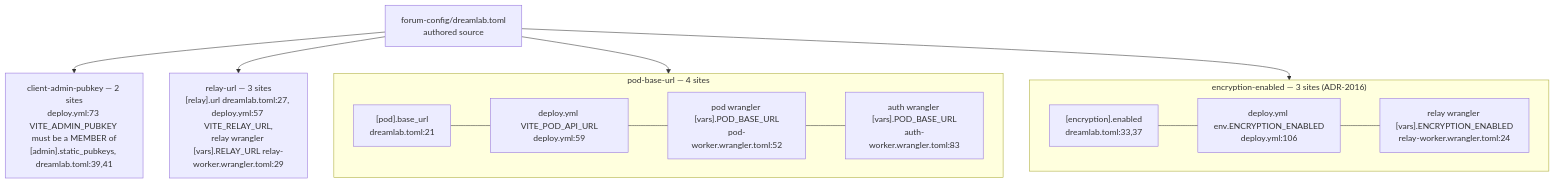
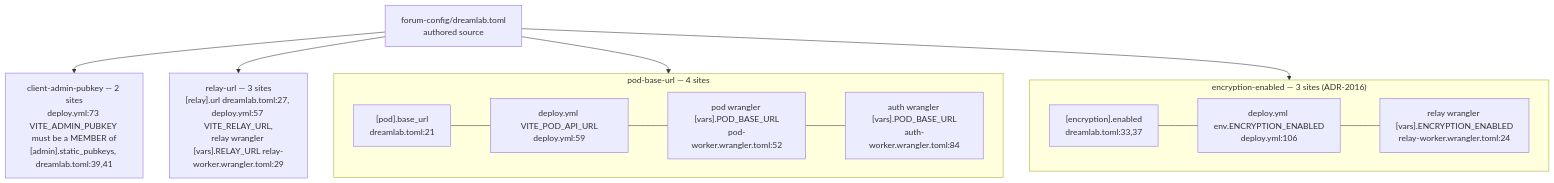
One commit to DreamLab-AI/VisionFlow changed the fifth of 10 diagrams in docs/diagrams/dreamlab-ai-website/03-forum-config-overlay-zones-admin-kv-sync.md. Above: the diagram before and after it, drawn with Mermaid. The commit also changed other lines of this file and 142 other files, not shown here.

First line of the commit message:
docs(diagrams): one System One route; re-verify 140 topics at today's heads

````diff
--- a/docs/diagrams/dreamlab-ai-website/03-forum-config-overlay-zones-admin-kv-sync.md
+++ b/docs/diagrams/dreamlab-ai-website/03-forum-config-overlay-zones-admin-kv-sync.md
@@ -126,15 +126,15 @@
 ```mermaid
 flowchart TB
     T["forum-config/dreamlab.toml<br/>authored source"] --> M4
     subgraph M4["pod-base-url — 4 sites"]
         direction LR
-        P1["[pod].base_url<br/>dreamlab.toml:21"] --- P2["deploy.yml VITE_POD_API_URL<br/>deploy.yml:59"] --- P3["pod wrangler [vars].POD_BASE_URL<br/>pod-worker.wrangler.toml:52"] --- P4["auth wrangler [vars].POD_BASE_URL<br/>auth-worker.wrangler.toml:83"]
+        P1["[pod].base_url<br/>dreamlab.toml:21"] --- P2["deploy.yml VITE_POD_API_URL<br/>deploy.yml:59"] --- P3["pod wrangler [vars].POD_BASE_URL<br/>pod-worker.wrangler.toml:52"] --- P4["auth wrangler [vars].POD_BASE_URL<br/>auth-worker.wrangler.toml:84"]
     end
     T --> M5["client-admin-pubkey — 2 sites<br/>deploy.yml:73 VITE_ADMIN_PUBKEY must be a MEMBER of<br/>[admin].static_pubkeys, dreamlab.toml:39,41"]
     T --> M6["relay-url — 3 sites<br/>[relay].url dreamlab.toml:27, deploy.yml:57 VITE_RELAY_URL,<br/>relay wrangler [vars].RELAY_URL relay-worker.wrangler.toml:29"]
     T --> M7
     subgraph M7["encryption-enabled — 3 sites (ADR-2016)"]
         direction LR
         E1["[encryption].enabled<br/>dreamlab.toml:33,37"] --- E2["deploy.yml env.ENCRYPTION_ENABLED<br/>deploy.yml:106"] --- E3["relay wrangler [vars].ENCRYPTION_ENABLED<br/>relay-worker.wrangler.toml:24"]
     end
 ```
````
